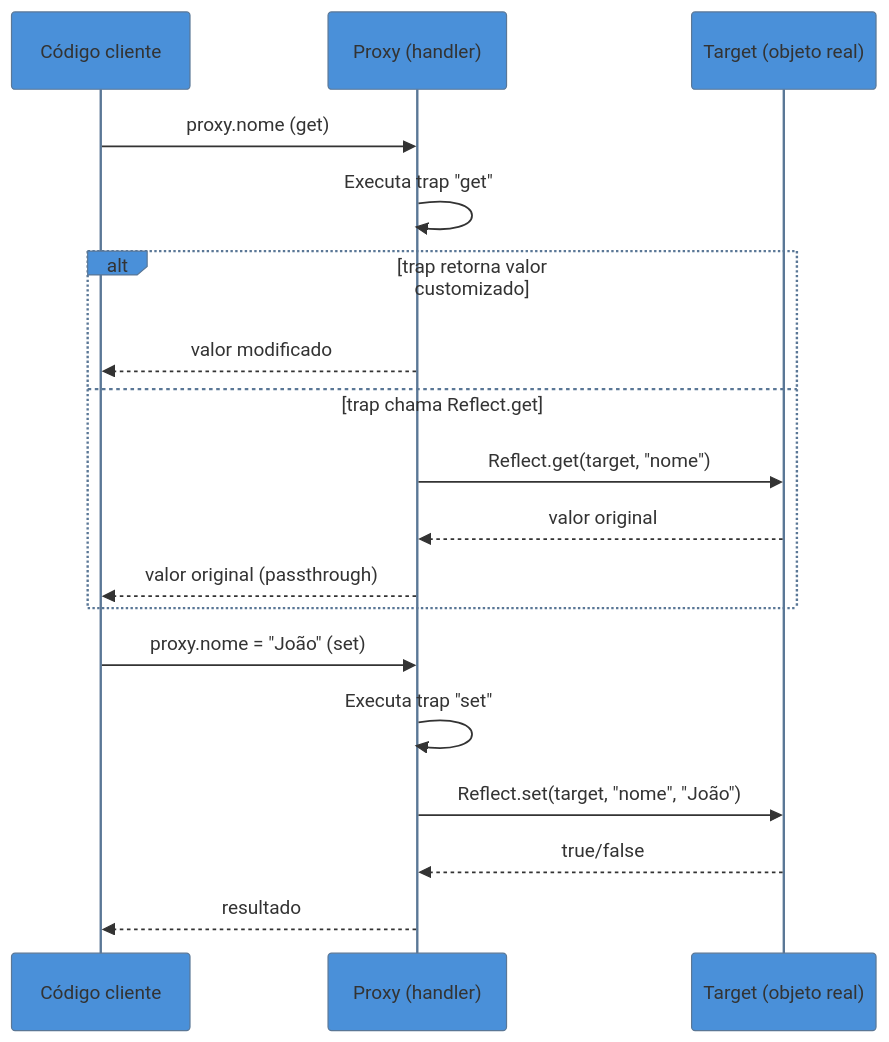
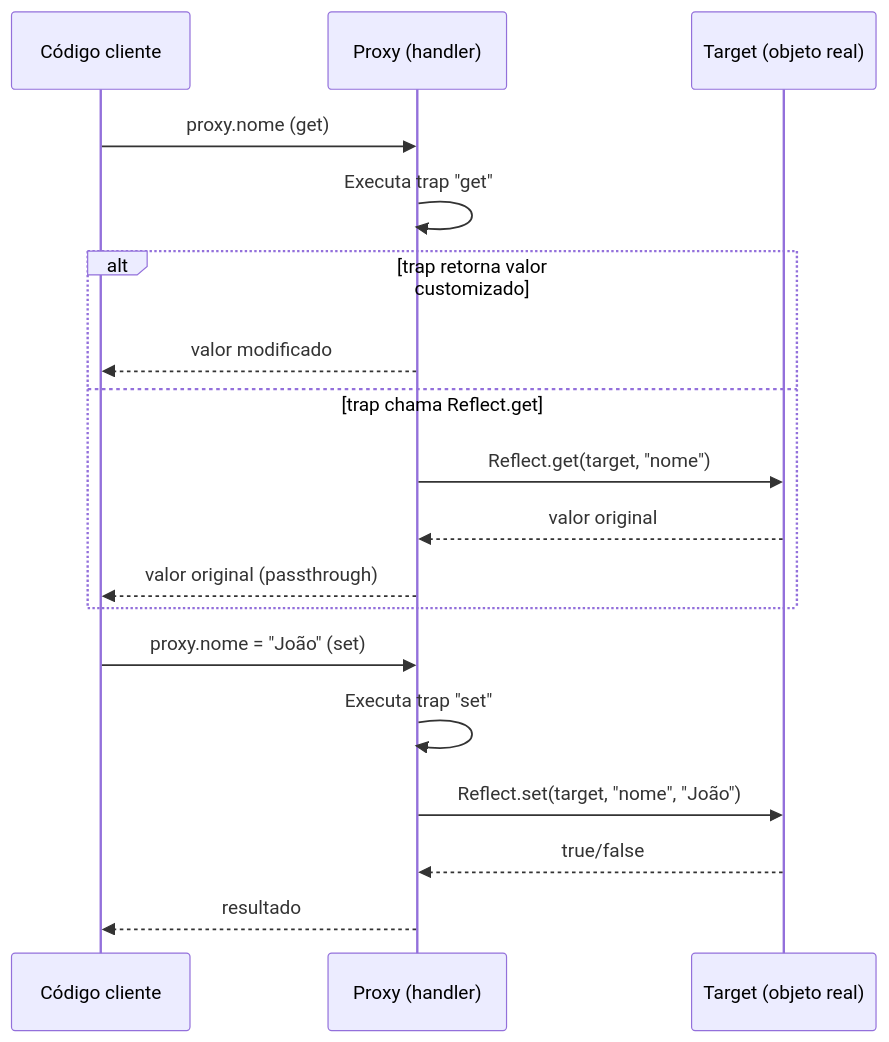
Before and after one commit to josenaldo/codex-technomanticus: the diagram in 03-Dominios/Tecnologia/JavaScript/22 - Metaprogramação.md, drawn with Mermaid. The commit also changed 1181 other files, not shown here.

First line of the commit message:
fix(diagramas): paleta do sistema no lugar de cor cravada no markdown

````diff
--- a/03-Dominios/Tecnologia/JavaScript/22 - Metaprogramação.md
+++ b/03-Dominios/Tecnologia/JavaScript/22 - Metaprogramação.md
@@ -159,23 +159,22 @@
 ```mermaid
-%%{init: {"theme": "base", "themeVariables": {"primaryColor": "#4A90D9", "edgeLabelBackground": "#fff"}}}%%
 sequenceDiagram
     participant C as Código cliente
     participant P as Proxy (handler)
     participant T as Target (objeto real)
 
     C->>P: proxy.nome (get)
     P->>P: Executa trap "get"
     alt trap retorna valor customizado
         P-->>C: valor modificado
     else trap chama Reflect.get
         P->>T: Reflect.get(target, "nome")
         T-->>P: valor original
         P-->>C: valor original (passthrough)
     end
 
     C->>P: proxy.nome = "João" (set)
     P->>P: Executa trap "set"
     P->>T: Reflect.set(target, "nome", "João")
     T-->>P: true/false
     P-->>C: resultado
 ```
````
